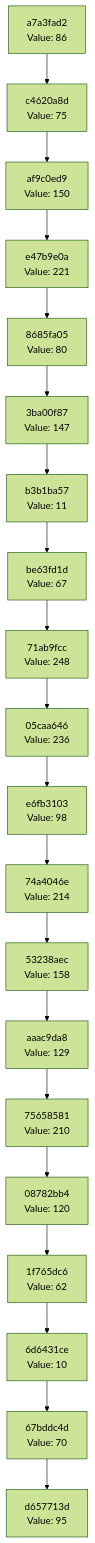
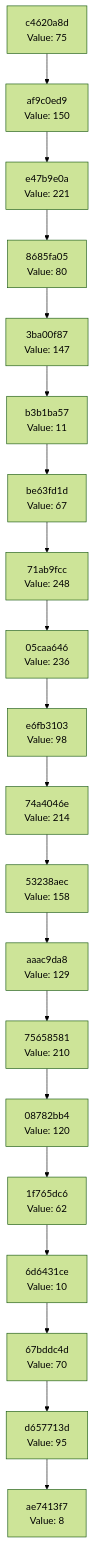
The diagram in docs/CHAIN_VISUALIZATION.md (Abhisheksinha1506/hash-chain-evolver), drawn with Mermaid (forest theme) before and after one commit. The commit also changed 3 other files, not shown here.

````diff
--- a/docs/CHAIN_VISUALIZATION.md
+++ b/docs/CHAIN_VISUALIZATION.md
@@ -3,42 +3,42 @@
 ```mermaid
 graph TD
-    C0["d657713d<br/>Value: 95"]
-    C1["67bddc4d<br/>Value: 70"]
+    C0["ae7413f7<br/>Value: 8"]
+    C1["d657713d<br/>Value: 95"]
     C1 --> C0
-    C2["6d6431ce<br/>Value: 10"]
+    C2["67bddc4d<br/>Value: 70"]
     C2 --> C1
-    C3["1f765dc6<br/>Value: 62"]
+    C3["6d6431ce<br/>Value: 10"]
     C3 --> C2
-    C4["08782bb4<br/>Value: 120"]
+    C4["1f765dc6<br/>Value: 62"]
     C4 --> C3
-    C5["75658581<br/>Value: 210"]
+    C5["08782bb4<br/>Value: 120"]
     C5 --> C4
-    C6["aaac9da8<br/>Value: 129"]
+    C6["75658581<br/>Value: 210"]
     C6 --> C5
-    C7["53238aec<br/>Value: 158"]
+    C7["aaac9da8<br/>Value: 129"]
     C7 --> C6
-    C8["74a4046e<br/>Value: 214"]
+    C8["53238aec<br/>Value: 158"]
     C8 --> C7
-    C9["e6fb3103<br/>Value: 98"]
+    C9["74a4046e<br/>Value: 214"]
     C9 --> C8
-    C10["05caa646<br/>Value: 236"]
+    C10["e6fb3103<br/>Value: 98"]
     C10 --> C9
-    C11["71ab9fcc<br/>Value: 248"]
+    C11["05caa646<br/>Value: 236"]
     C11 --> C10
-    C12["be63fd1d<br/>Value: 67"]
+    C12["71ab9fcc<br/>Value: 248"]
     C12 --> C11
-    C13["b3b1ba57<br/>Value: 11"]
+    C13["be63fd1d<br/>Value: 67"]
     C13 --> C12
-    C14["3ba00f87<br/>Value: 147"]
+    C14["b3b1ba57<br/>Value: 11"]
     C14 --> C13
-    C15["8685fa05<br/>Value: 80"]
+    C15["3ba00f87<br/>Value: 147"]
     C15 --> C14
-    C16["e47b9e0a<br/>Value: 221"]
+    C16["8685fa05<br/>Value: 80"]
     C16 --> C15
-    C17["af9c0ed9<br/>Value: 150"]
+    C17["e47b9e0a<br/>Value: 221"]
     C17 --> C16
-    C18["c4620a8d<br/>Value: 75"]
+    C18["af9c0ed9<br/>Value: 150"]
     C18 --> C17
-    C19["a7a3fad2<br/>Value: 86"]
+    C19["c4620a8d<br/>Value: 75"]
     C19 --> C18
 ```
````
